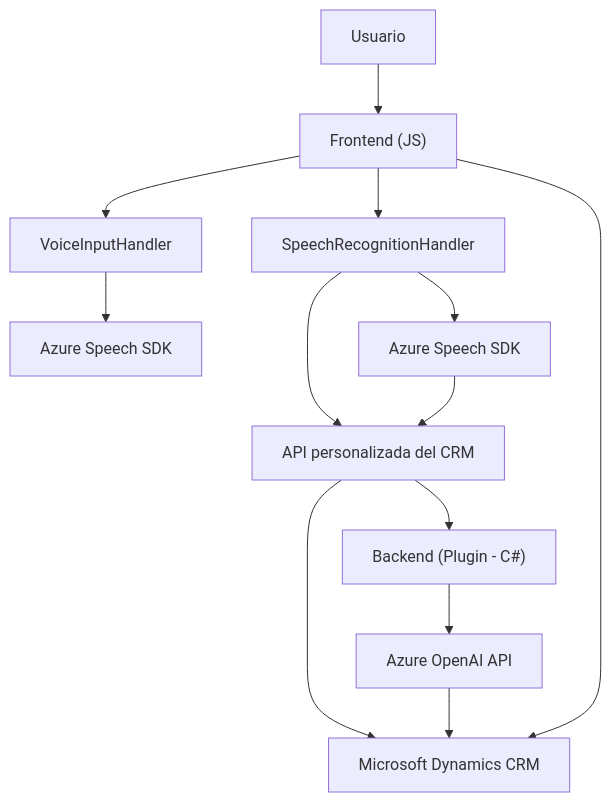
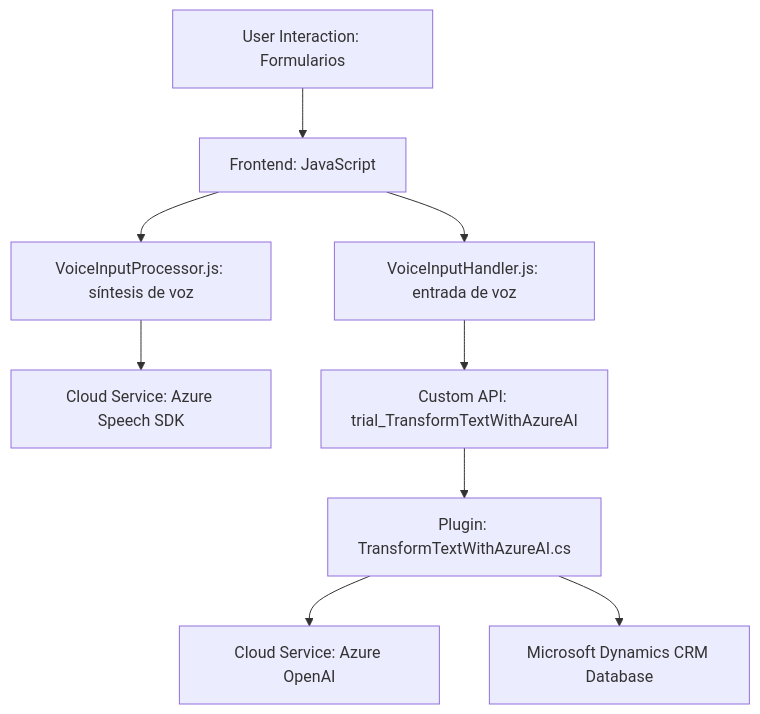
The diagram in README.md (blopezdm/NETCORE_BILBAO2025), drawn with Mermaid before and after one commit. The commit also changed other lines of this file, not shown here.

````diff
--- a/README.md
+++ b/README.md
@@ -32,15 +52,21 @@
 ```mermaid
 graph TD
-    A["Usuario"] --> B["Frontend (JS)"]
-    B --> C["VoiceInputHandler"]
-    B --> D["SpeechRecognitionHandler"]
-    C --> E["Azure Speech SDK"]
-    D --> F["Azure Speech SDK"]
-    D --> G["API personalizada del CRM"]
+    A[User Interaction: Formularios]
+    B["Frontend: JavaScript"]
+    C["VoiceInputProcessor.js: síntesis de voz"]
+    D["VoiceInputHandler.js: entrada de voz"]
+    E["Cloud Service: Azure Speech SDK"]
+    F["Custom API: trial_TransformTextWithAzureAI"]
+    G["Plugin: TransformTextWithAzureAI.cs"]
+    H["Cloud Service: Azure OpenAI"]
+    I["Microsoft Dynamics CRM Database"]
+
+    A --> B
+    B --> C
+    B --> D
+    C --> E
+    D --> F
     F --> G
-    G --> H["Backend (Plugin - C#)"]
-    H --> I["Azure OpenAI API"]
-    G --> J["Microsoft Dynamics CRM"]
-    I --> J
-    B-->J
+    G --> H
+    G --> I
 ```
````
